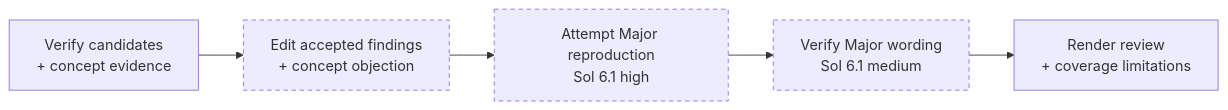
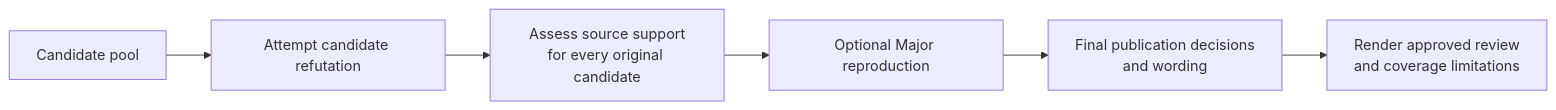
One commit to willcl-ark/nix changed the fourth of 5 diagrams in pkgs/ralph/README.md. Above: the diagram before and after it, drawn with Mermaid. The commit also changed other lines of this file and 35 other files, not shown here.

First line of the commit message:
ralph: separate refutation, evidence verification and judgment

````diff
--- a/pkgs/ralph/README.md
+++ b/pkgs/ralph/README.md
@@ -315,9 +326,8 @@
 ```mermaid
 flowchart LR
-    verify["Verify candidates<br/>+ concept evidence"] --> edit["Edit accepted findings<br/>+ concept objection"]
-    edit --> write["Attempt Major reproduction<br/>Sol 6.1 high"]
-    write --> major["Verify Major wording<br/>Sol 6.1 medium"]
-    major --> render["Render review<br/>+ coverage limitations"]
-    classDef optional stroke-dasharray: 5 4
-    class edit,write,major optional
+    pool["Candidate pool"] --> challenge["Attempt candidate refutation"]
+    challenge --> verify["Assess source support<br/>for every original candidate"]
+    verify --> write["Optional Major reproduction"]
+    write --> judge["Final publication decisions<br/>and wording"]
+    judge --> render["Render approved review<br/>and coverage limitations"]
 ```
````
